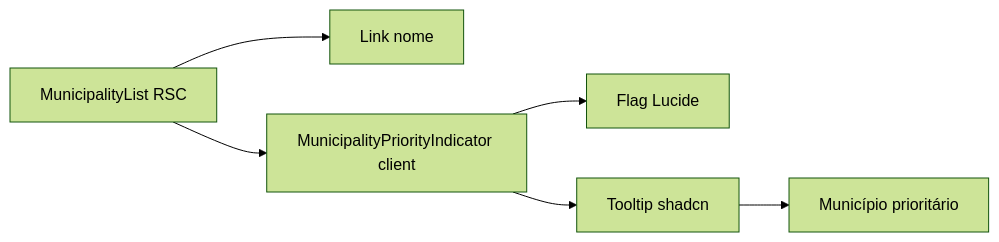
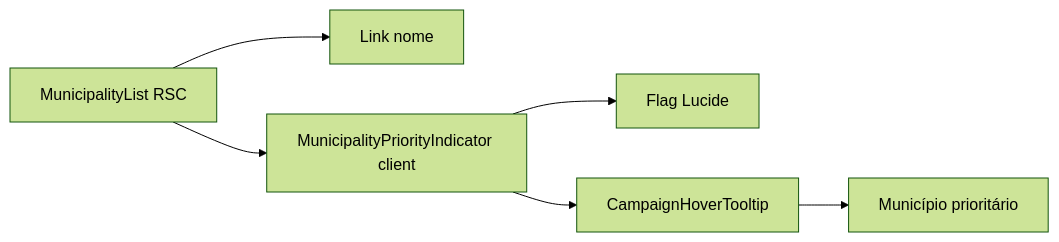
One commit to fsolla/teqo changed the diagram in docs/plans/icone-prioridade-lista-municipios.md. Above: the diagram before and after it, drawn with Mermaid (forest theme). The commit also changed other lines of this file and 6 other files, not shown here.

````diff
--- a/docs/plans/icone-prioridade-lista-municipios.md
+++ b/docs/plans/icone-prioridade-lista-municipios.md
@@ -58,8 +61,8 @@
 ```mermaid
 flowchart LR
   list["MunicipalityList RSC"] --> name["Link nome"]
   list --> island["MunicipalityPriorityIndicator client"]
   island --> icon["Flag Lucide"]
-  island --> tip["Tooltip shadcn"]
+  island --> tip["CampaignHoverTooltip"]
   tip --> copy["Município prioritário"]
 ```
````
